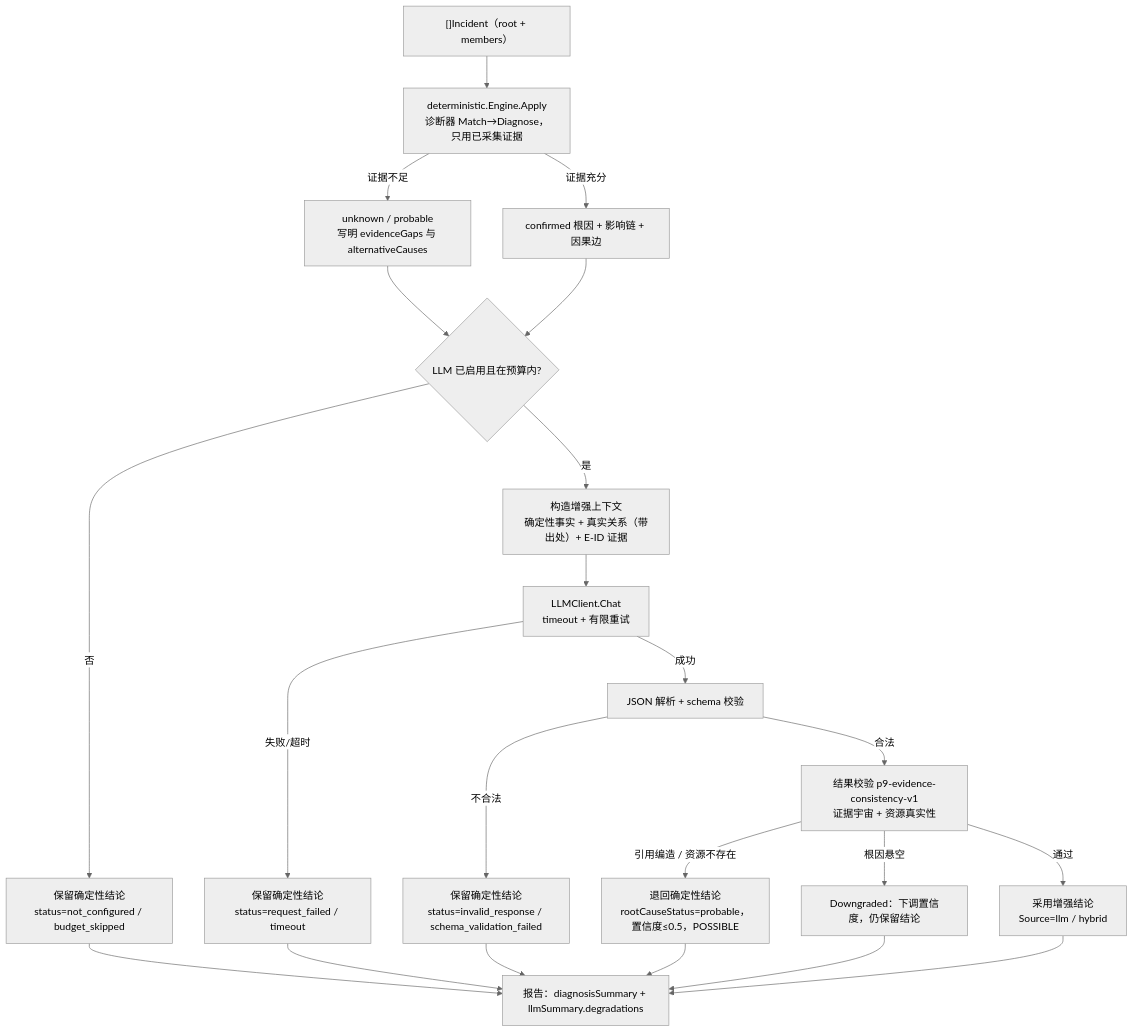
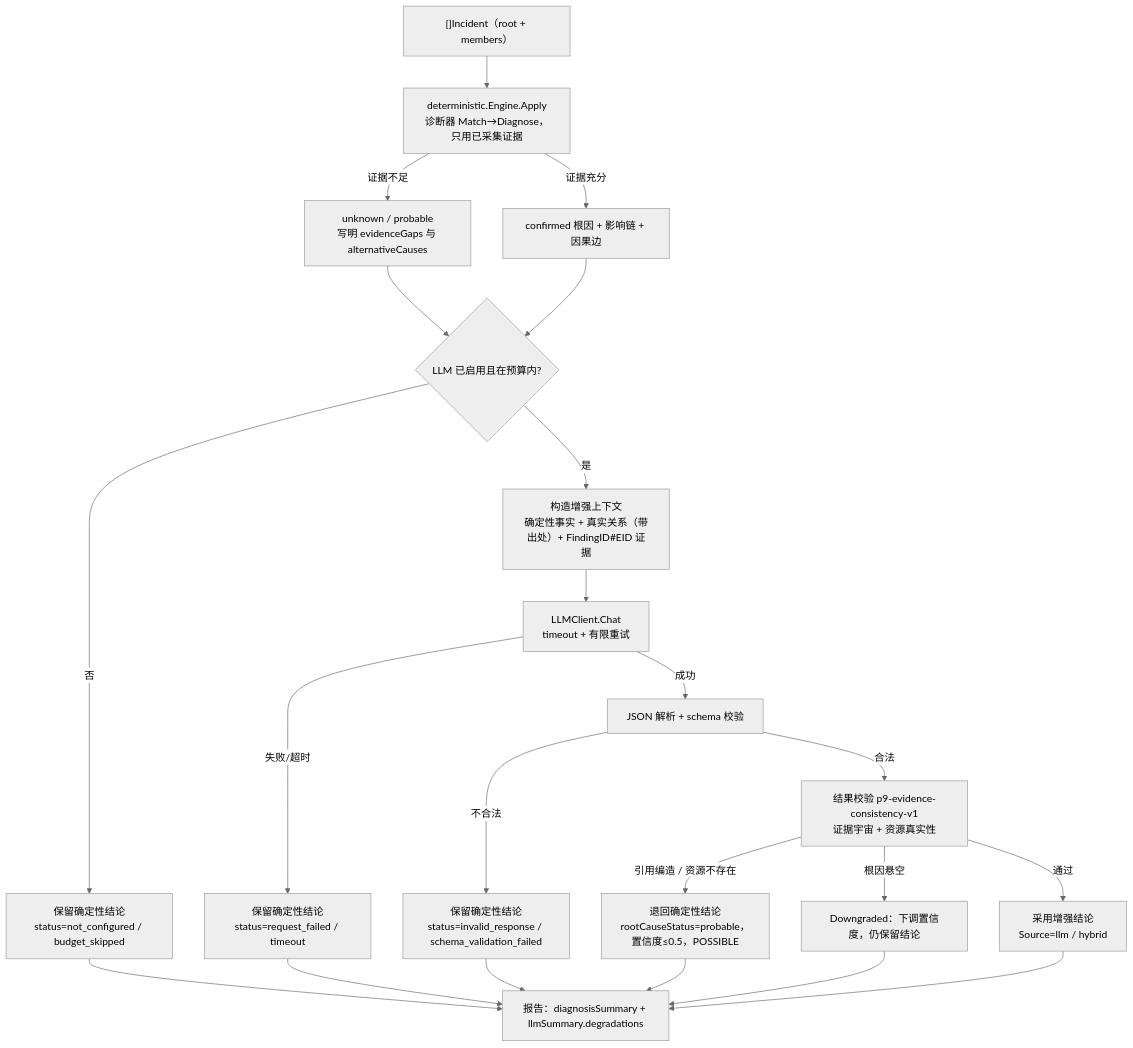
The fourth of 4 diagrams in docs/02-架构与设计/07-采集与扫描流程.md (markguo123/k8s-ai), drawn with Mermaid (neutral theme) before and after one commit. The commit also changed other lines of this file and 76 other files, not shown here.

````diff
--- a/docs/02-架构与设计/07-采集与扫描流程.md
+++ b/docs/02-架构与设计/07-采集与扫描流程.md
@@ -208,24 +215,24 @@
 ```mermaid
 flowchart TD
     A["[]Incident（root + members）"] --> B["deterministic.Engine.Apply<br/>诊断器 Match→Diagnose，只用已采集证据"]
     B -->|"证据不足"| C["unknown / probable<br/>写明 evidenceGaps 与 alternativeCauses"]
     B -->|"证据充分"| D["confirmed 根因 + 影响链 + 因果边"]
     C --> E{"LLM 已启用且在预算内?"}
     D --> E
     E -->|"否"| F["保留确定性结论<br/>status=not_configured / budget_skipped"]
-    E -->|"是"| G["构造增强上下文<br/>确定性事实 + 真实关系（带出处）+ E-ID 证据"]
+    E -->|"是"| G["构造增强上下文<br/>确定性事实 + 真实关系（带出处）+ FindingID#EID 证据"]
     G --> H["LLMClient.Chat<br/>timeout + 有限重试"]
     H -->|"失败/超时"| I["保留确定性结论<br/>status=request_failed / timeout"]
     H -->|"成功"| J["JSON 解析 + schema 校验"]
     J -->|"不合法"| K["保留确定性结论<br/>status=invalid_response / schema_validation_failed"]
     J -->|"合法"| L["结果校验 p9-evidence-consistency-v1<br/>证据宇宙 + 资源真实性"]
     L -->|"引用编造 / 资源不存在"| M["退回确定性结论<br/>rootCauseStatus=probable，置信度≤0.5，POSSIBLE"]
     L -->|"根因悬空"| N["Downgraded：下调置信度，仍保留结论"]
     L -->|"通过"| O["采用增强结论<br/>Source=llm / hybrid"]
     F --> P["报告：diagnosisSummary + llmSummary.degradations"]
     I --> P
     K --> P
     M --> P
     N --> P
     O --> P
 ```
````
